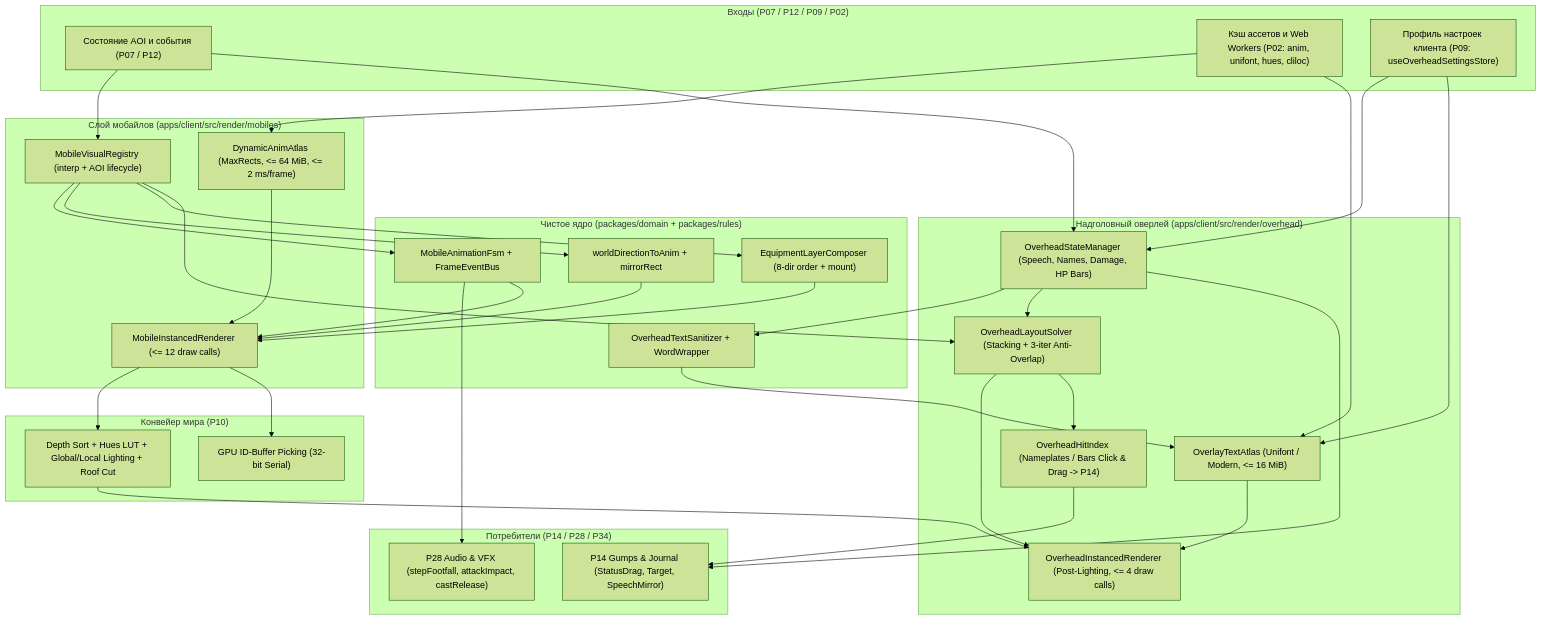
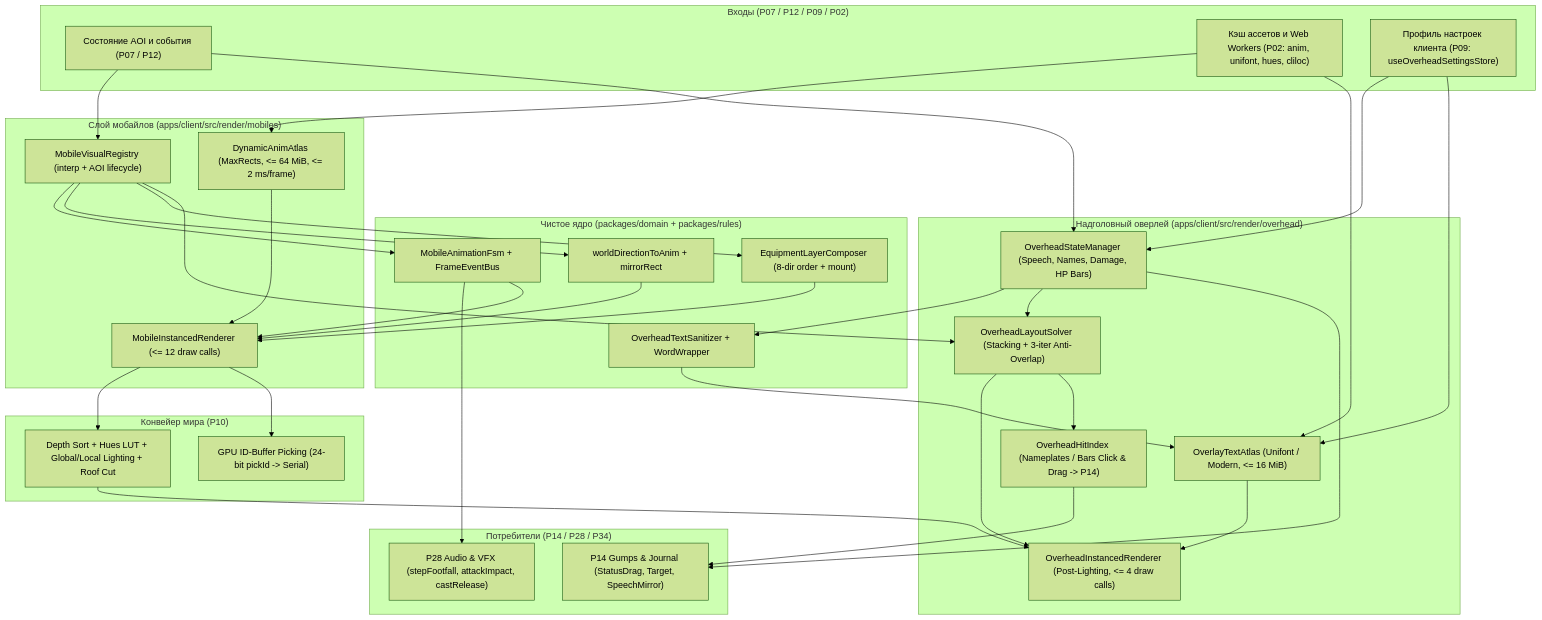
One commit to SergioAndreev/uo3 changed the first of 3 diagrams in openspec/changes/p11-mobile-visuals/design.md. Above: the diagram before and after it, drawn with Mermaid (forest theme). The commit also changed other lines of this file and 188 other files, not shown here.

````diff
--- a/openspec/changes/p11-mobile-visuals/design.md
+++ b/openspec/changes/p11-mobile-visuals/design.md
@@ -202,65 +201,65 @@
 ```mermaid
 flowchart TD
   subgraph Inputs["Входы (P07 / P12 / P09 / P02)"]
     NetState["Состояние AOI и события (P07 / P12)"]
     AssetCache["Кэш ассетов и Web Workers (P02: anim, unifont, hues, cliloc)"]
     Settings["Профиль настроек клиента (P09: useOverheadSettingsStore)"]
   end
 
   subgraph CoreLogic["Чистое ядро (packages/domain + packages/rules)"]
     DirMap["worldDirectionToAnim + mirrorRect"]
     Fsm["MobileAnimationFsm + FrameEventBus"]
     Composer["EquipmentLayerComposer (8-dir order + mount)"]
     Sanitizer["OverheadTextSanitizer + WordWrapper"]
   end
 
   subgraph MobilePass["Слой мобайлов (apps/client/src/render/mobiles)"]
     Reg["MobileVisualRegistry (interp + AOI lifecycle)"]
     AnimAtlas["DynamicAnimAtlas (MaxRects, <= 64 MiB, <= 2 ms/frame)"]
     MobBatch["MobileInstancedRenderer (<= 12 draw calls)"]
   end
 
   subgraph P10Pipe["Конвейер мира (P10)"]
     DepthLight["Depth Sort + Hues LUT + Global/Local Lighting + Roof Cut"]
-    PickBuf["GPU ID-Buffer Picking (32-bit Serial)"]
+    PickBuf["GPU ID-Buffer Picking (24-bit pickId -> Serial)"]
   end
 
   subgraph OverheadPass["Надголовный оверлей (apps/client/src/render/overhead)"]
     OvState["OverheadStateManager (Speech, Names, Damage, HP Bars)"]
     TextAtlas["OverlayTextAtlas (Unifont / Modern, <= 16 MiB)"]
     Solver["OverheadLayoutSolver (Stacking + 3-iter Anti-Overlap)"]
     OvBatch["OverheadInstancedRenderer (Post-Lighting, <= 4 draw calls)"]
     HitIdx["OverheadHitIndex (Nameplates / Bars Click & Drag -> P14)"]
   end
 
   subgraph Downstream["Потребители (P14 / P28 / P34)"]
     P28["P28 Audio & VFX (stepFootfall, attackImpact, castRelease)"]
     P14["P14 Gumps & Journal (StatusDrag, Target, SpeechMirror)"]
   end
 
   NetState --> Reg
   NetState --> OvState
   Settings --> OvState
   Settings --> TextAtlas
   AssetCache --> AnimAtlas
   AssetCache --> TextAtlas
 
   Reg --> Fsm
   Reg --> DirMap
   Reg --> Composer
   Fsm --> P28
   Fsm --> MobBatch
   DirMap --> MobBatch
   Composer --> MobBatch
   AnimAtlas --> MobBatch
 
   MobBatch --> DepthLight
   MobBatch --> PickBuf
 
   Reg --> Solver
   DepthLight --> OvBatch
   OvState --> Sanitizer --> TextAtlas --> OvBatch
   OvState --> Solver --> OvBatch
   Solver --> HitIdx --> P14
   OvState --> P14
 ```
````
